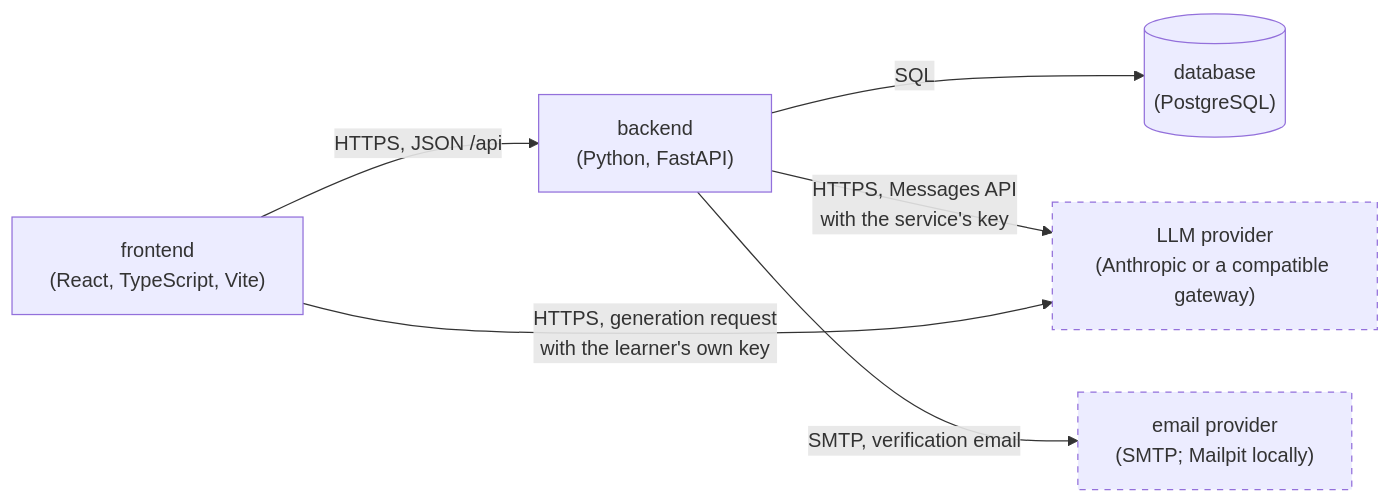
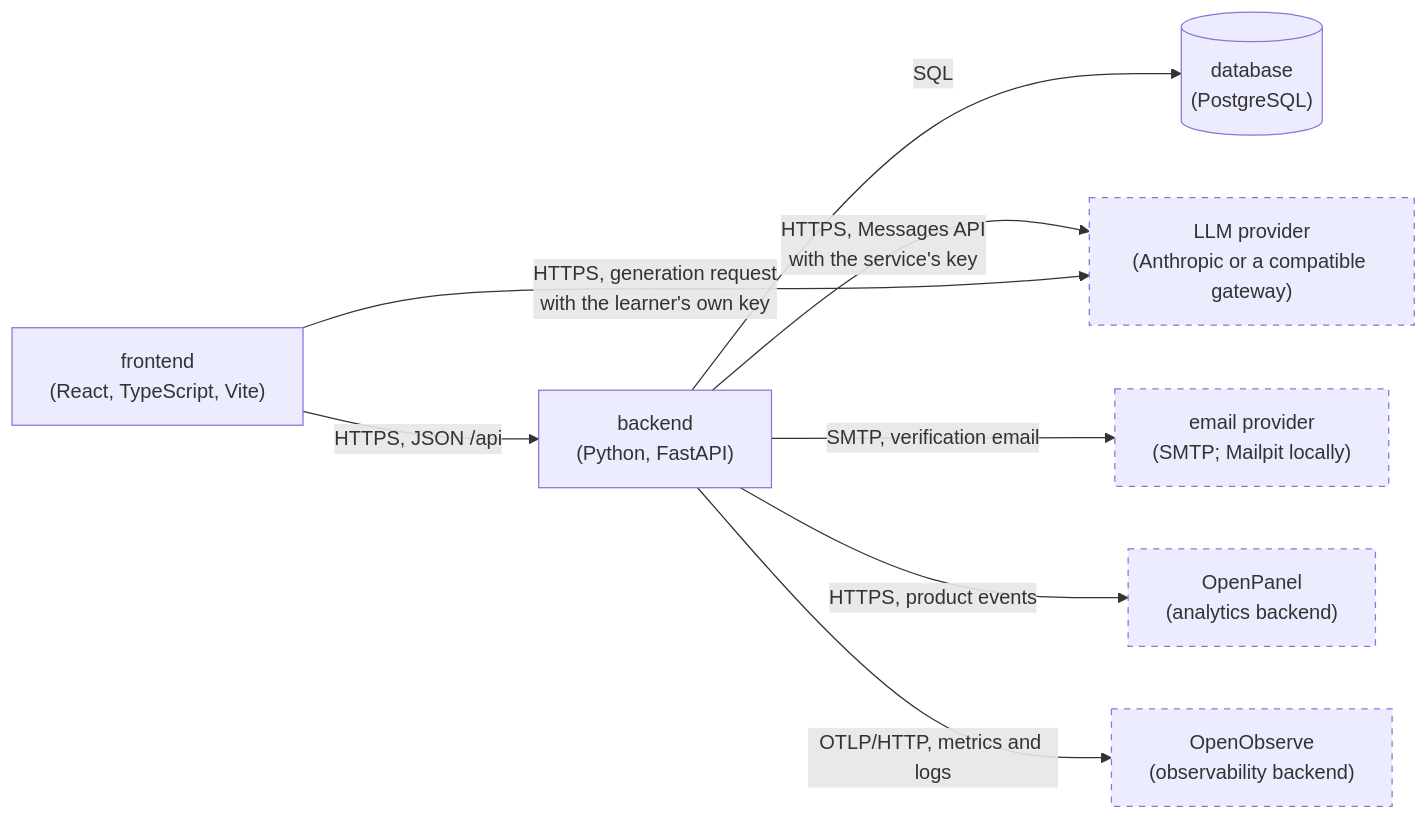
Before and after one commit to itpd-2026-team-5/team-5-sentence-card-generator: the diagram in docs/architecture/container.mmd, drawn with Mermaid. The commit also changed 51 other files, not shown here.

```diff
--- a/docs/architecture/container.mmd
+++ b/docs/architecture/container.mmd
@@ -1,8 +1,10 @@
 graph LR
     Frontend["frontend<br/>(React, TypeScript, Vite)"] -->|"HTTPS, JSON /api"| Backend["backend<br/>(Python, FastAPI)"]
     Backend -->|"SQL"| Database[("database<br/>(PostgreSQL)")]
     Backend -->|"HTTPS, Messages API<br/>with the service's key"| LLM["LLM provider<br/>(Anthropic or a compatible gateway)"]
     Frontend -->|"HTTPS, generation request<br/>with the learner's own key"| LLM
     Backend -->|"SMTP, verification email"| Email["email provider<br/>(SMTP; Mailpit locally)"]
+    Backend -->|"HTTPS, product events"| OpenPanel["OpenPanel<br/>(analytics backend)"]
+    Backend -->|"OTLP/HTTP, metrics and logs"| OpenObserve["OpenObserve<br/>(observability backend)"]
     classDef external stroke-dasharray: 5 5
-    class LLM,Email external
+    class LLM,Email,OpenPanel,OpenObserve external
```
